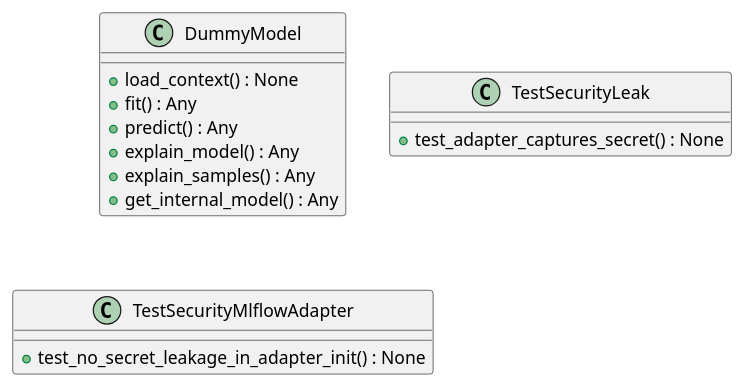
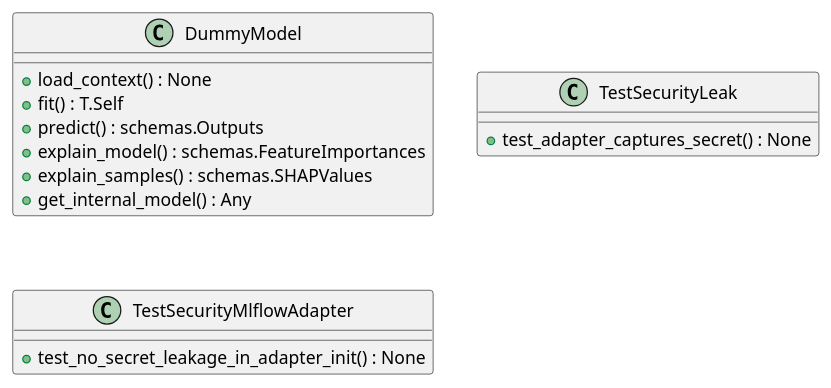
The first of 6 diagrams in openwiki/modules/tests/registry/adapters/test_security_mlflow_adapter.md (lgcorzo/llmops-python-package), drawn with PlantUML before and after one commit. The commit also changed other lines of this file and 155 other files, not shown here.

````diff
--- a/openwiki/modules/tests/registry/adapters/test_security_mlflow_adapter.md
+++ b/openwiki/modules/tests/registry/adapters/test_security_mlflow_adapter.md
@@ -64,18 +73,18 @@
 ```plantuml
 @startuml
     class DummyModel {
         +load_context() : None
-        +fit() : Any
-        +predict() : Any
-        +explain_model() : Any
-        +explain_samples() : Any
+        +fit() : T.Self
+        +predict() : schemas.Outputs
+        +explain_model() : schemas.FeatureImportances
+        +explain_samples() : schemas.SHAPValues
         +get_internal_model() : Any
     }
     class TestSecurityLeak {
         +test_adapter_captures_secret() : None
     }
     class TestSecurityMlflowAdapter {
         +test_no_secret_leakage_in_adapter_init() : None
     }
 @enduml
 ```
````
